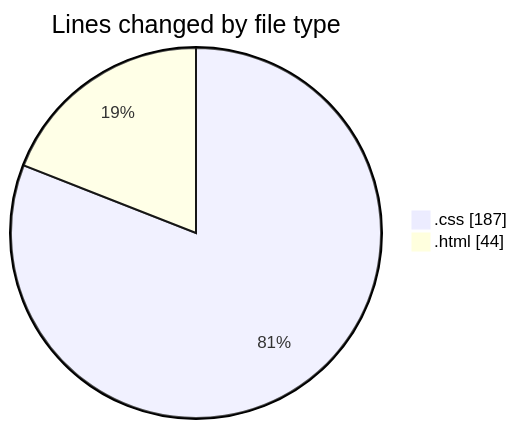
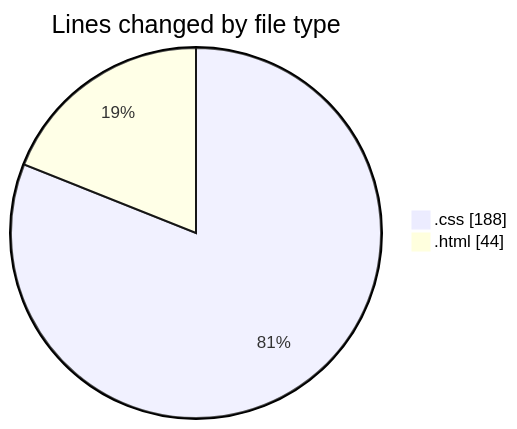
The first of 2 diagrams in 2025-01-26/results-summary-component-main/README.md (NitaiMahat/code-tracking), drawn with Mermaid before and after one commit. The commit also changed other lines of this file and 1 other file, not shown here.

````diff
--- a/2025-01-26/results-summary-component-main/README.md
+++ b/2025-01-26/results-summary-component-main/README.md
@@ -21,6 +21,6 @@
 ```mermaid
 pie showData
 title Lines changed by file type
-".css" : 187
+".css" : 188
 ".html" : 44
 ```
````
